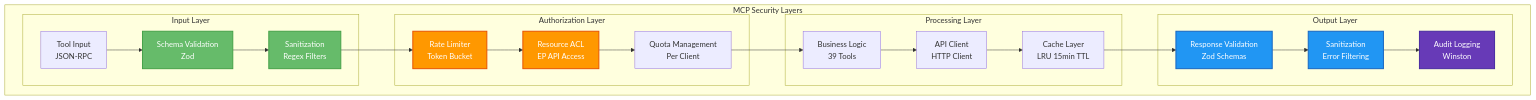
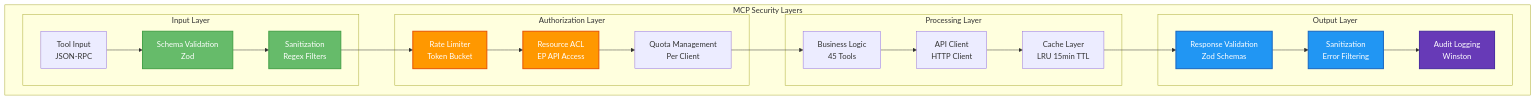
Before and after one commit to Hack23/European-Parliament-MCP-Server: diagram 23 of 27 in docs/api-markdown/_media/SECURITY_ARCHITECTURE.md, drawn with Mermaid. The commit also changed other lines of this file and 35 other files, not shown here.

````diff
--- a/docs/api-markdown/_media/SECURITY_ARCHITECTURE.md
+++ b/docs/api-markdown/_media/SECURITY_ARCHITECTURE.md
@@ -2847,48 +2847,48 @@
 ```mermaid
 graph TB
     subgraph "MCP Security Layers"
         subgraph "Input Layer"
             I1[Tool Input<br/>JSON-RPC]
             I2[Schema Validation<br/>Zod]
             I3[Sanitization<br/>Regex Filters]
         end
         
         subgraph "Authorization Layer"
             A1[Rate Limiter<br/>Token Bucket]
             A2[Resource ACL<br/>EP API Access]
             A3[Quota Management<br/>Per Client]
         end
         
         subgraph "Processing Layer"
-            P1[Business Logic<br/>39 Tools]
+            P1[Business Logic<br/>45 Tools]
             P2[API Client<br/>HTTP Client]
             P3[Cache Layer<br/>LRU 15min TTL]
         end
         
         subgraph "Output Layer"
             O1[Response Validation<br/>Zod Schemas]
             O2[Sanitization<br/>Error Filtering]
             O3[Audit Logging<br/>Winston]
         end
     end
     
     I1 --> I2
     I2 --> I3
     I3 --> A1
     A1 --> A2
     A2 --> A3
     A3 --> P1
     P1 --> P2
     P2 --> P3
     P3 --> O1
     O1 --> O2
     O2 --> O3
     
     style I2 fill:#66BB6A,stroke:#43A047,stroke-width:2px,color:white
     style I3 fill:#66BB6A,stroke:#43A047,stroke-width:2px,color:white
     style A1 fill:#FF9800,stroke:#E65100,stroke-width:2px,color:white
     style A2 fill:#FF9800,stroke:#E65100,stroke-width:2px,color:white
     style O1 fill:#2196F3,stroke:#1565C0,stroke-width:2px,color:white
     style O2 fill:#2196F3,stroke:#1565C0,stroke-width:2px,color:white
     style O3 fill:#673AB7,stroke:#4527A0,stroke-width:2px,color:white
 ```
````
